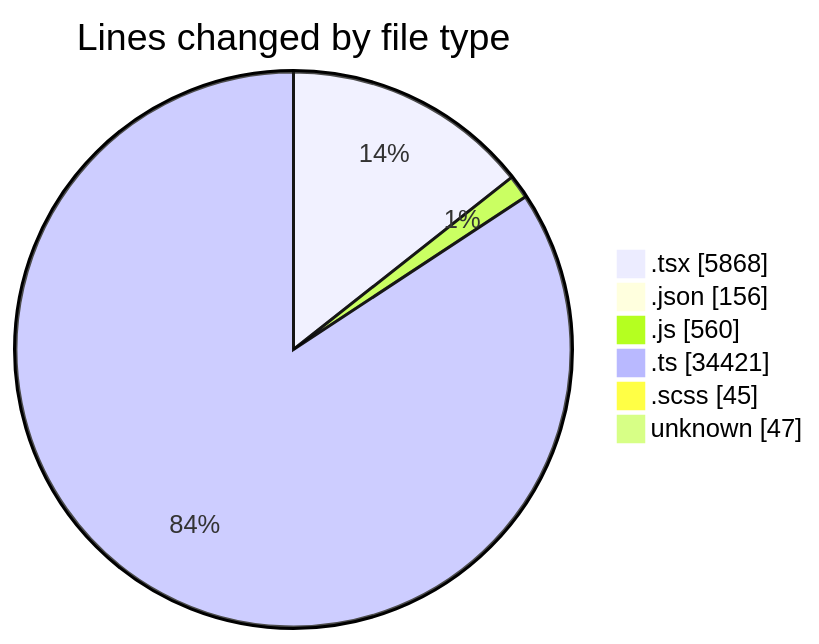
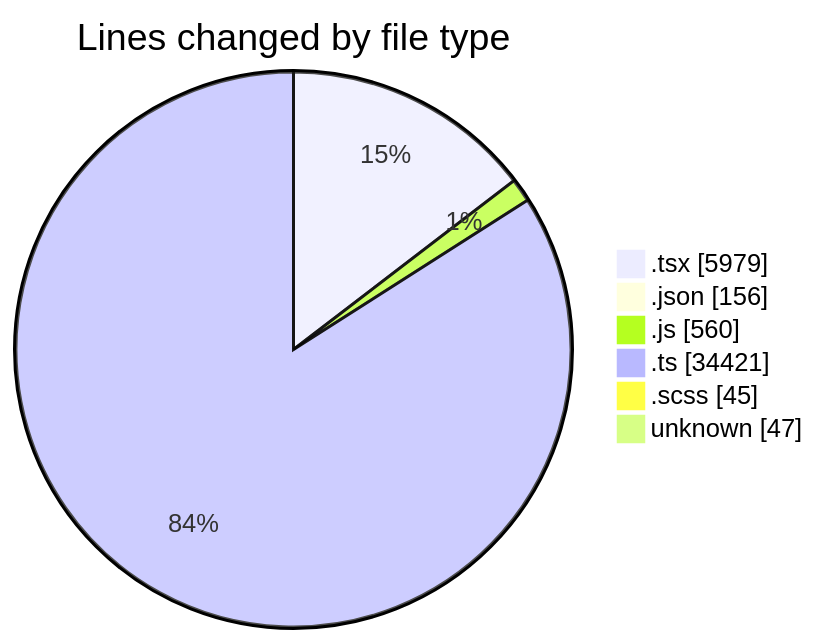
The first of 2 diagrams in 2025-11-10/cda/README.md (momahboobian/code-tracking), drawn with Mermaid before and after one commit. The commit also changed other lines of this file and 1 other file, not shown here.

````diff
--- a/2025-11-10/cda/README.md
+++ b/2025-11-10/cda/README.md
@@ -48,10 +48,10 @@
 ```mermaid
 pie showData
 title Lines changed by file type
-".tsx" : 5868
+".tsx" : 5979
 ".json" : 156
 ".js" : 560
 ".ts" : 34421
 ".scss" : 45
 "unknown" : 47
 ```
````
